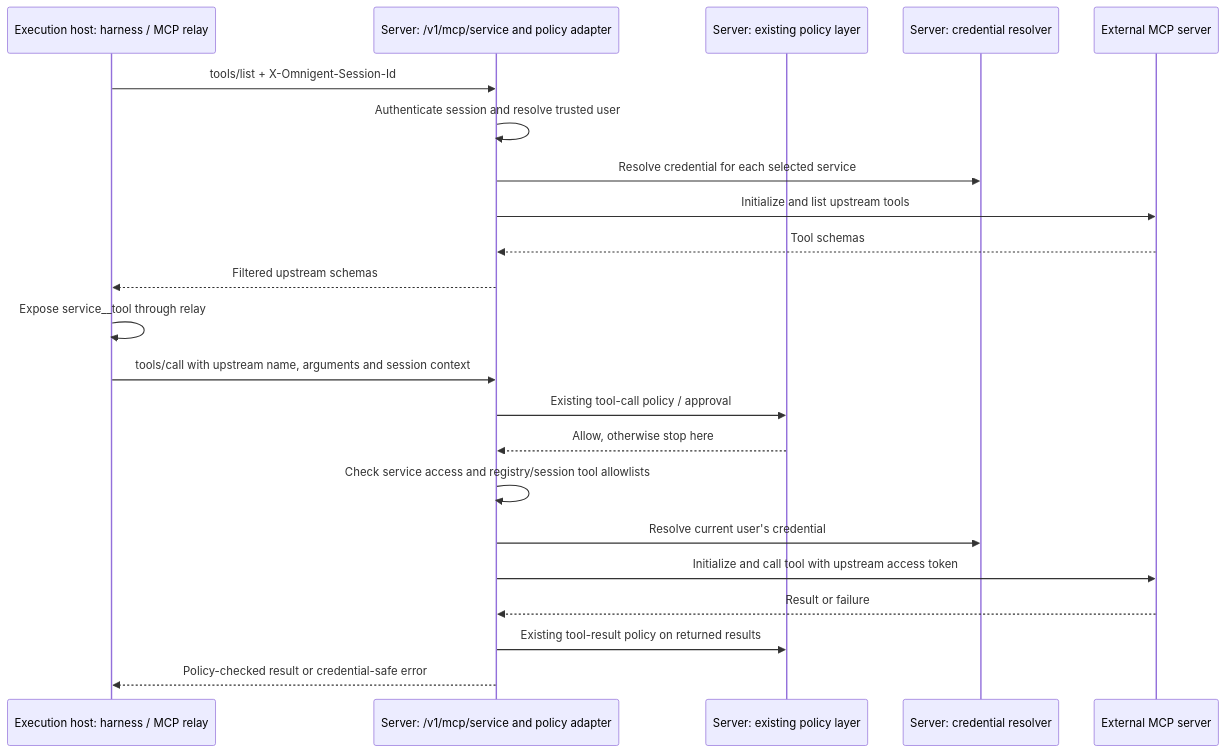
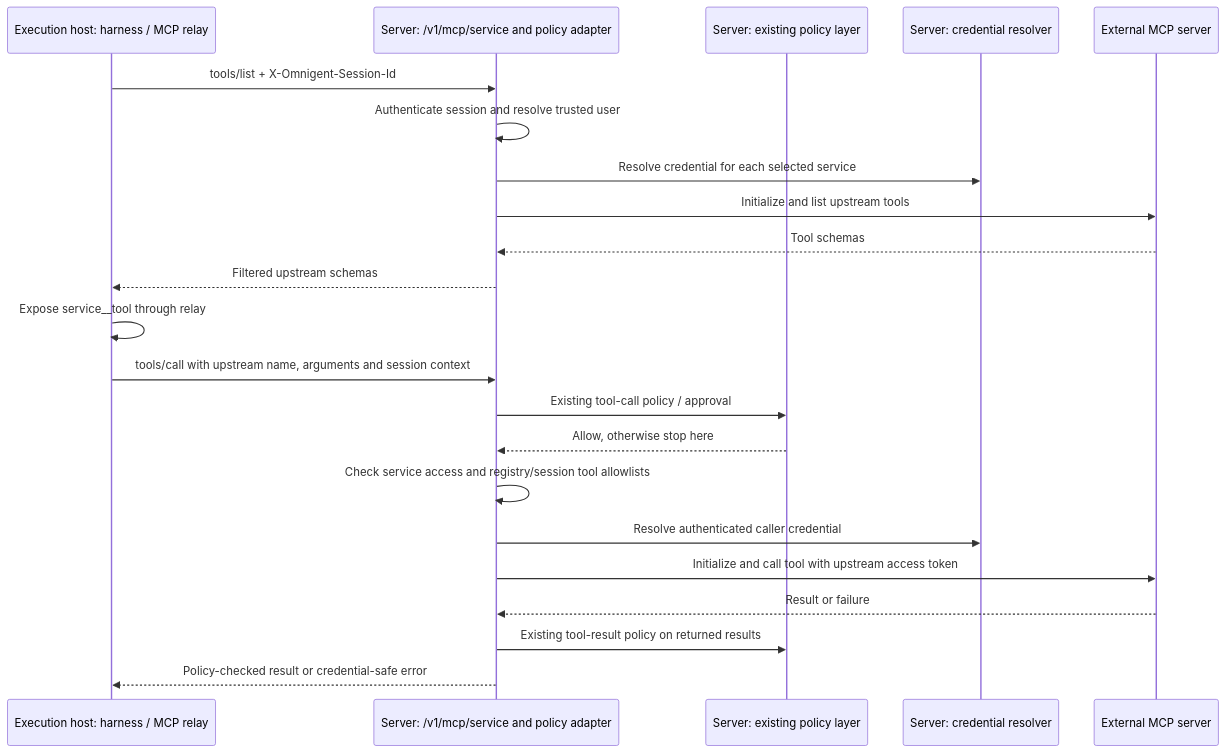
One commit to omnigent-ai/omnigent changed the third of 9 diagrams in designs/MCP_REGISTRY_GATEWAY.md. Above: the diagram before and after it, drawn with Mermaid. The commit also changed other lines of this file and 18 other files, not shown here.

````diff
--- a/designs/MCP_REGISTRY_GATEWAY.md
+++ b/designs/MCP_REGISTRY_GATEWAY.md
@@ -111,24 +114,24 @@
 ```mermaid
 sequenceDiagram
   participant H as Execution host: harness / MCP relay
   participant G as Server: /v1/mcp/service and policy adapter
   participant P as Server: existing policy layer
   participant C as Server: credential resolver
   participant M as External MCP server
   H->>G: tools/list + X-Omnigent-Session-Id
   G->>G: Authenticate session and resolve trusted user
   G->>C: Resolve credential for each selected service
   G->>M: Initialize and list upstream tools
   M-->>G: Tool schemas
   G-->>H: Filtered upstream schemas
   H->>H: Expose service__tool through relay
   H->>G: tools/call with upstream name, arguments and session context
   G->>P: Existing tool-call policy / approval
   P-->>G: Allow, otherwise stop here
   G->>G: Check service access and registry/session tool allowlists
-  G->>C: Resolve current user's credential
+  G->>C: Resolve authenticated caller credential
   G->>M: Initialize and call tool with upstream access token
   M-->>G: Result or failure
   G->>P: Existing tool-result policy on returned results
   G-->>H: Policy-checked result or credential-safe error
 ```
````
